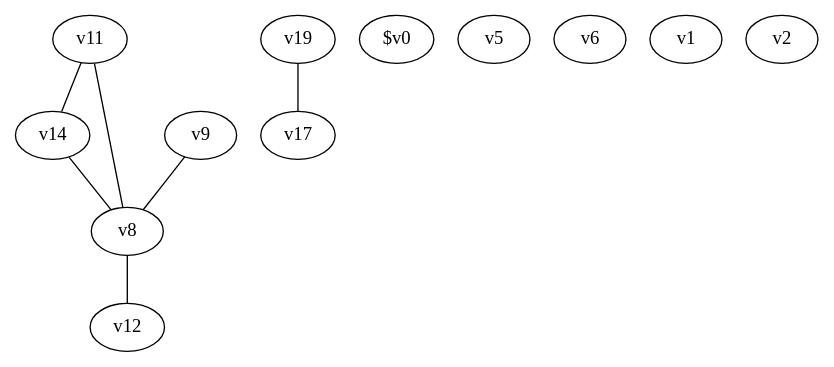
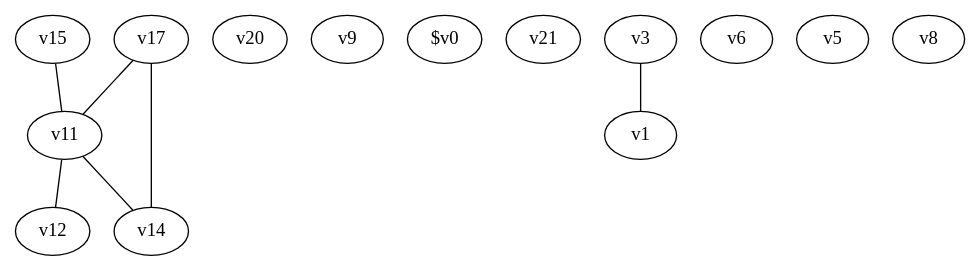
Before and after one commit to AidanGoldfarb/CtoMIPS: the diagram in ig.dot, drawn with Graphviz. The commit also changed 10 other files, not shown here.

```diff
--- a/ig.dot
+++ b/ig.dot
@@ -1,20 +1,22 @@
 graph {
+"v15"
+"v20"
+"v9"
+"$v0"
+"v21"
+"v17"
+"v3"
 "v14"
-"v17"
-"$v0"
-"v5"
-"v8"
+"v12"
 "v6"
 "v11"
-"v9"
+"v5"
 "v1"
-"v19"
-"v2"
-"v12"
-"v9" -- "v8"
-"v11" -- "v8"
+"v8"
 "v11" -- "v14"
-"v8" -- "v12"
-"v19" -- "v17"
-"v14" -- "v8"
+"v11" -- "v12"
+"v17" -- "v14"
+"v17" -- "v11"
+"v3" -- "v1"
+"v15" -- "v11"
 }
```
